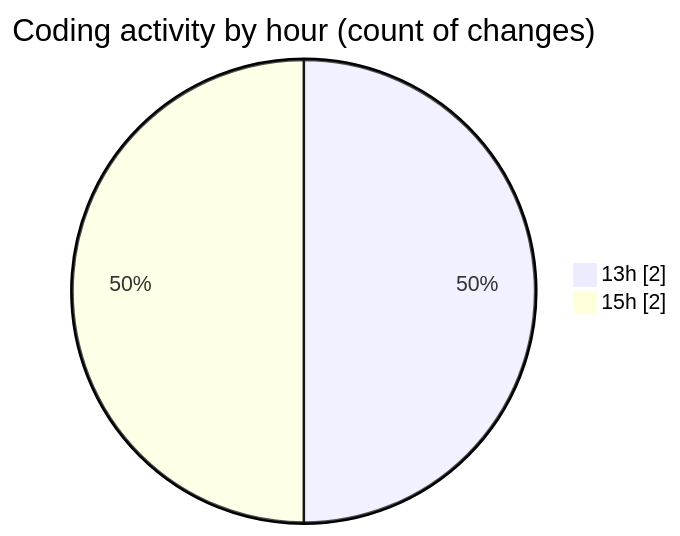
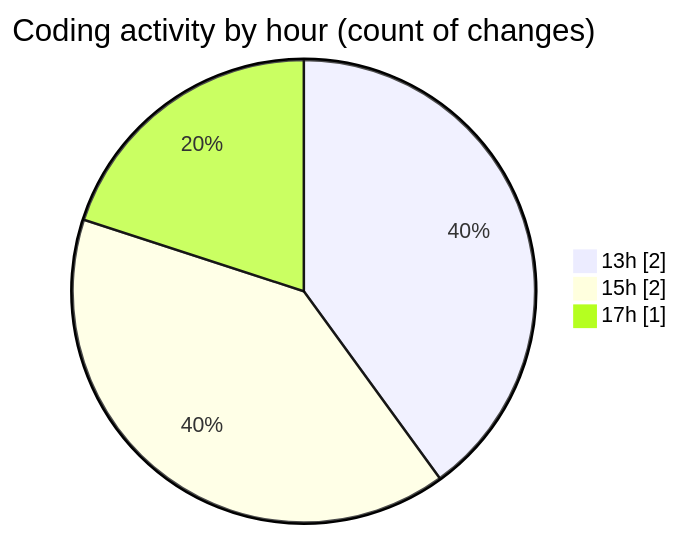
The second of 2 diagrams in 2025-06-23/archive/README.md (JenPaints/code-tracking), drawn with Mermaid before and after one commit. The commit also changed other lines of this file and 1 other file, not shown here.

````diff
--- a/2025-06-23/archive/README.md
+++ b/2025-06-23/archive/README.md
@@ -32,6 +33,7 @@
 ```mermaid
 pie showData
 title Coding activity by hour (count of changes)
 "13h" : 2
 "15h" : 2
+"17h" : 1
 ```
````
